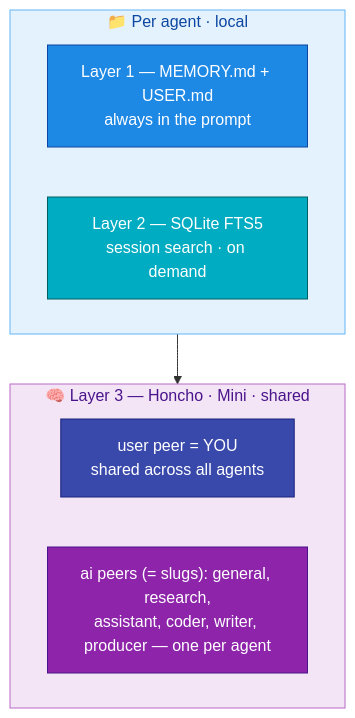
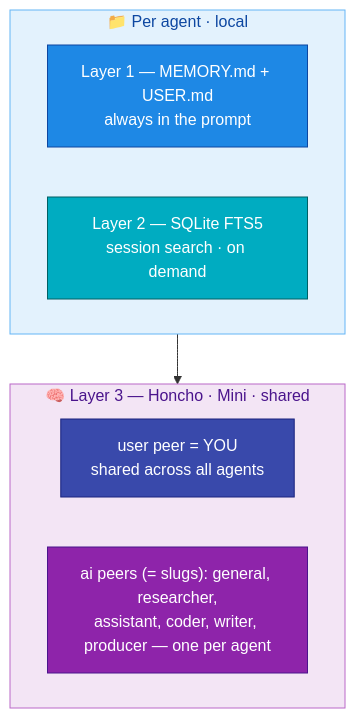
Before and after one commit to mpolatcan/hermes-setup: the first of 2 diagrams in docs/07-memory.md, drawn with Mermaid. The commit also changed other lines of this file and 14 other files, not shown here.

First line of the commit message:
refactor: rename slug research -> researcher

````diff
--- a/docs/07-memory.md
+++ b/docs/07-memory.md
@@ -7,18 +7,18 @@
 ```mermaid
 flowchart TB
     subgraph per["📁 Per agent · local"]
         L1["Layer 1 — MEMORY.md + USER.md<br/>always in the prompt"]:::l1
         L2["Layer 2 — SQLite FTS5<br/>session search · on demand"]:::l2
     end
     subgraph hon["🧠 Layer 3 — Honcho · Mini · shared"]
         user["user peer = YOU<br/>shared across all agents"]:::user
-        peers["ai peers (= slugs): general, research,<br/>assistant, coder, writer, producer — one per agent"]:::infra
+        peers["ai peers (= slugs): general, researcher,<br/>assistant, coder, writer, producer — one per agent"]:::infra
     end
     per --> hon
     classDef l1 fill:#1E88E5,stroke:#0D47A1,color:#fff
     classDef l2 fill:#00ACC1,stroke:#006064,color:#fff
     classDef user fill:#3949AB,stroke:#1A237E,color:#fff
     classDef infra fill:#8E24AA,stroke:#4A148C,color:#fff
     style per fill:#E3F2FD,stroke:#64B5F6,color:#0D47A1
     style hon fill:#F3E5F5,stroke:#BA68C8,color:#4A148C
 ```
````
